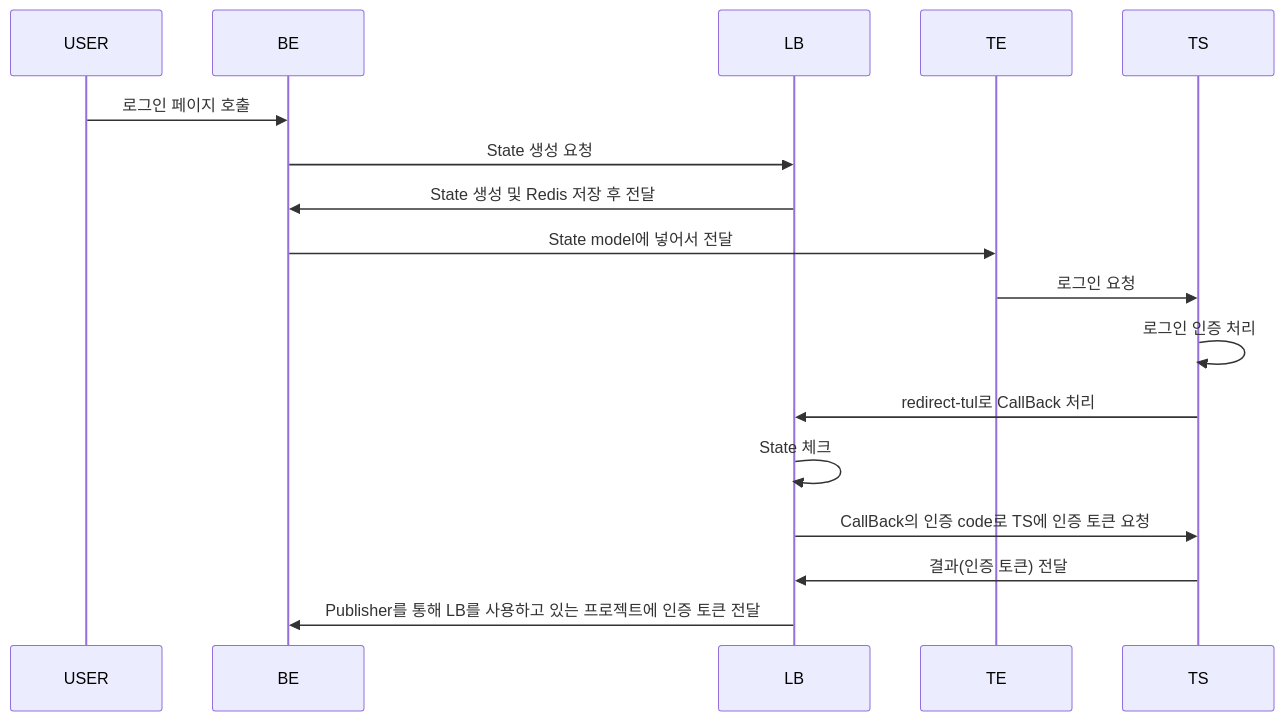
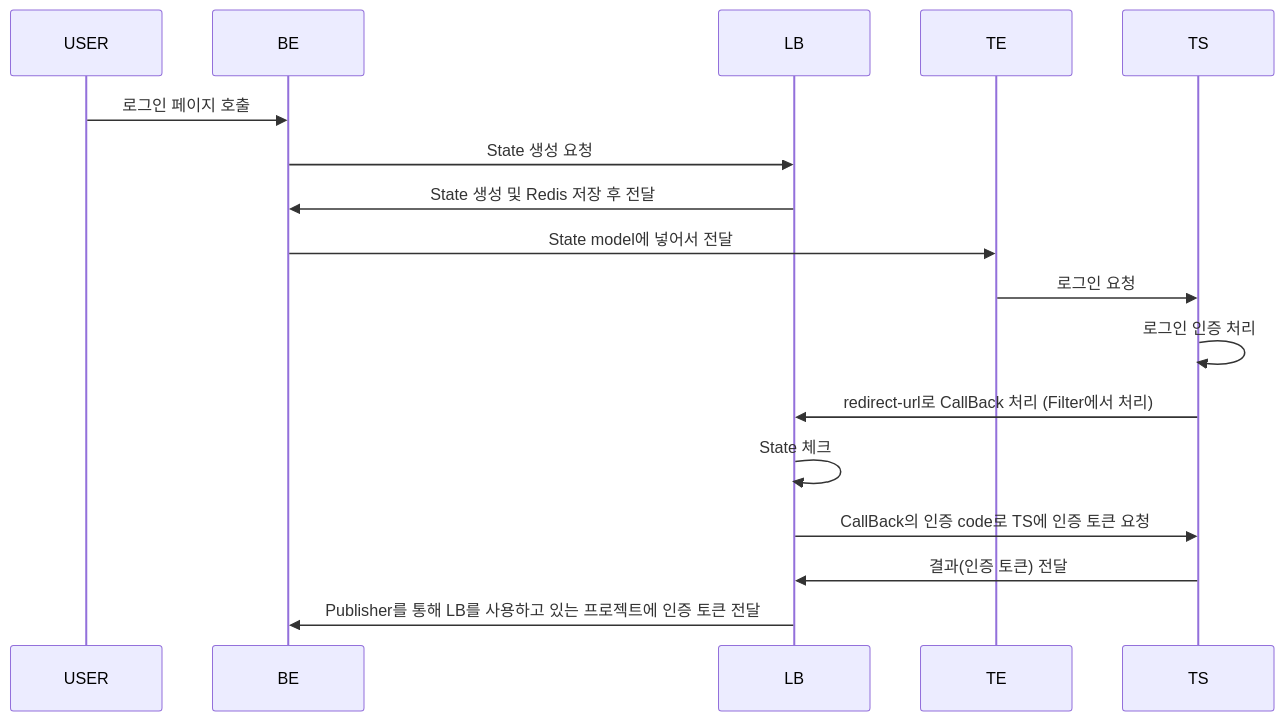
Before and after one commit to SpadeJJJ/oauth_rebuild: the diagram in README.md, drawn with Mermaid.

````diff
--- a/README.md
+++ b/README.md
@@ -22,14 +22,14 @@
 ```mermaid
 sequenceDiagram
 USER ->> BE : 로그인 페이지 호출
 BE ->> LB : State 생성 요청
 LB ->> BE : State 생성 및 Redis 저장 후 전달
 BE ->> TE : State model에 넣어서 전달
 TE ->> TS : 로그인 요청
 TS ->> TS : 로그인 인증 처리
-TS ->> LB : redirect-tul로 CallBack 처리
+TS ->> LB : redirect-url로 CallBack 처리 (Filter에서 처리)
 LB ->> LB : State 체크
 LB ->> TS : CallBack의 인증 code로 TS에 인증 토큰 요청
 TS ->> LB : 결과(인증 토큰) 전달
 LB ->> BE : Publisher를 통해 LB를 사용하고 있는 프로젝트에 인증 토큰 전달
 ```
````
